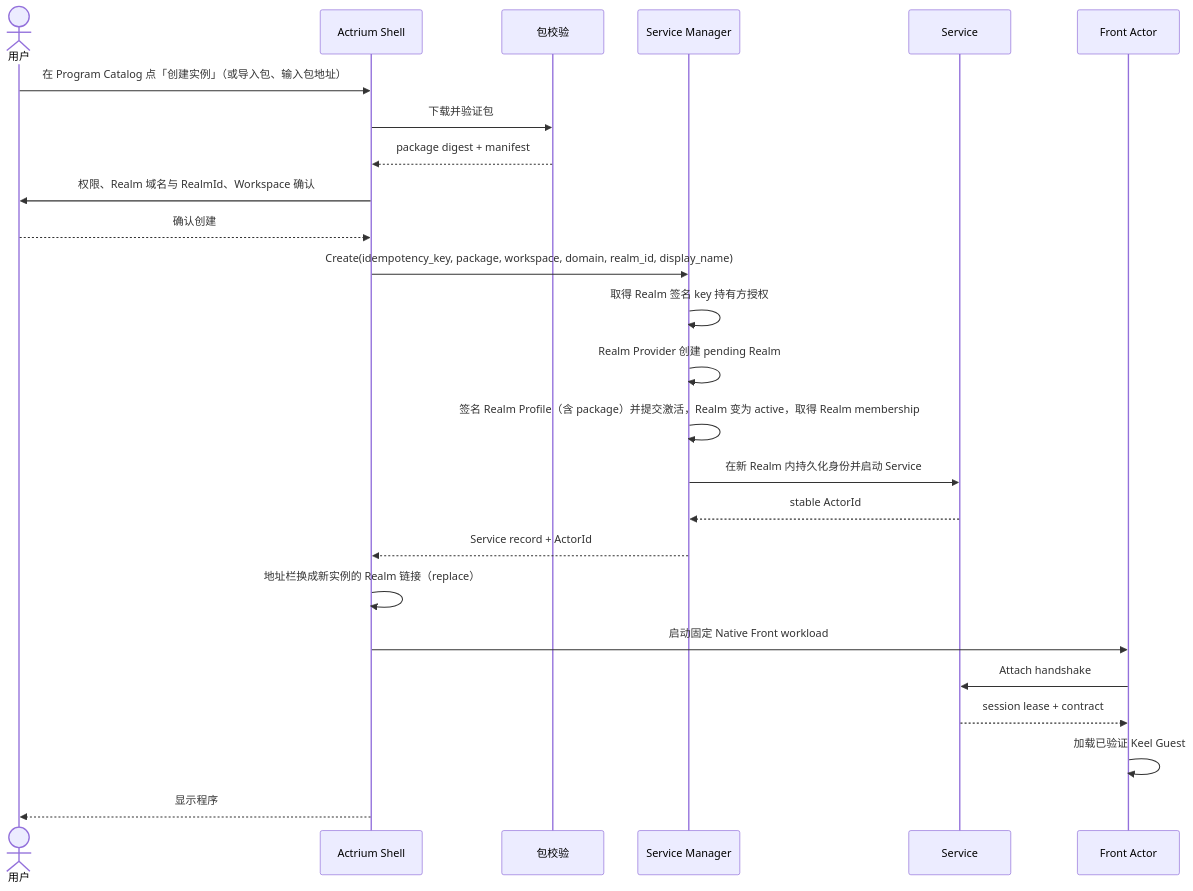
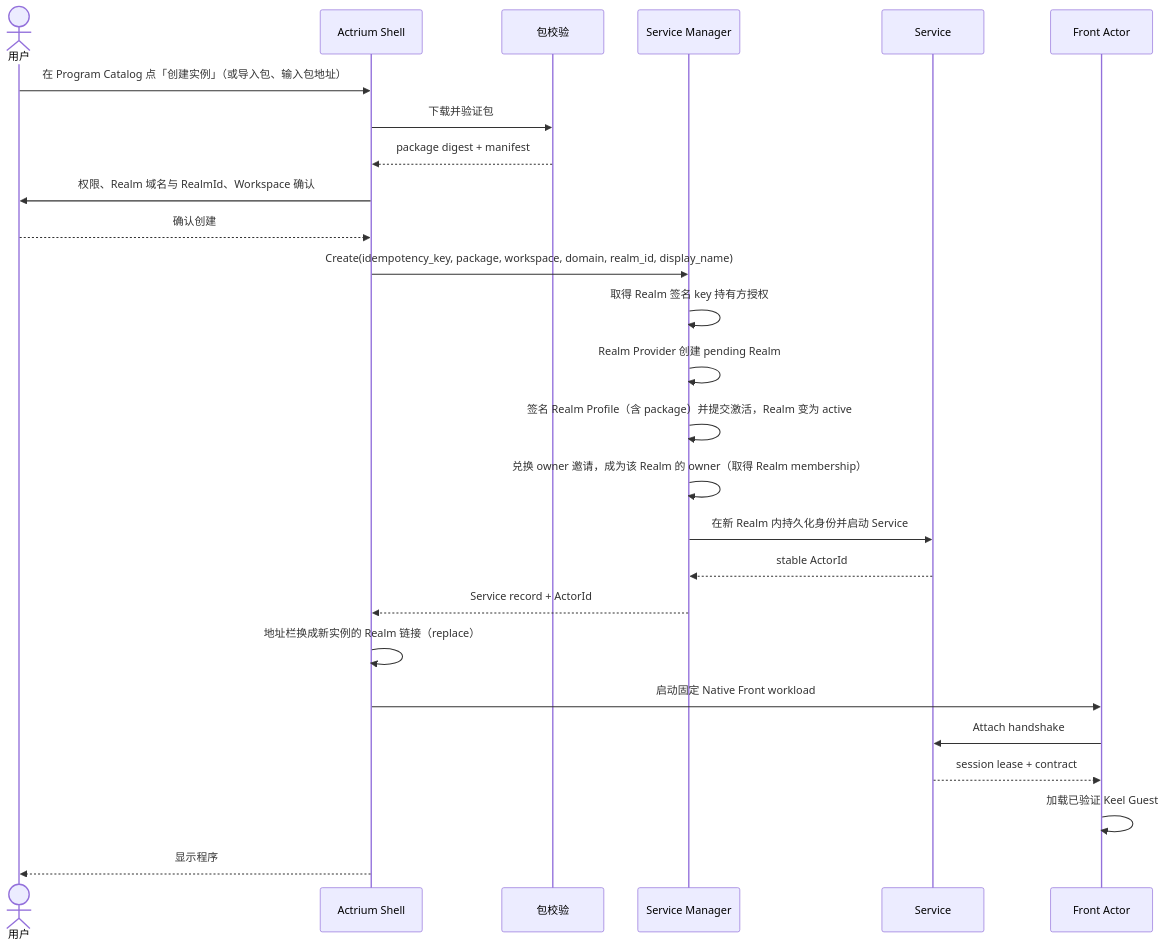
The diagram in docs/product/actrium-v1/03-user-experience.zh.md (Actrium/actrium), drawn with Mermaid before and after one commit. The commit also changed other lines of this file and 25 other files, not shown here.

````diff
--- a/docs/product/actrium-v1/03-user-experience.zh.md
+++ b/docs/product/actrium-v1/03-user-experience.zh.md
@@ -116,28 +116,29 @@
 ```mermaid
 sequenceDiagram
     actor U as 用户
     participant A as Actrium Shell
     participant P as 包校验
     participant M as Service Manager
     participant S as Service
     participant F as Front Actor
 
     U->>A: 在 Program Catalog 点「创建实例」（或导入包、输入包地址）
     A->>P: 下载并验证包
     P-->>A: package digest + manifest
     A->>U: 权限、Realm 域名与 RealmId、Workspace 确认
     U-->>A: 确认创建
     A->>M: Create(idempotency_key, package, workspace, domain, realm_id, display_name)
     M->>M: 取得 Realm 签名 key 持有方授权
     M->>M: Realm Provider 创建 pending Realm
-    M->>M: 签名 Realm Profile（含 package）并提交激活，Realm 变为 active，取得 Realm membership
+    M->>M: 签名 Realm Profile（含 package）并提交激活，Realm 变为 active
+    M->>M: 兑换 owner 邀请，成为该 Realm 的 owner（取得 Realm membership）
     M->>S: 在新 Realm 内持久化身份并启动 Service
     S-->>M: stable ActorId
     M-->>A: Service record + ActorId
     A->>A: 地址栏换成新实例的 Realm 链接（replace）
     A->>F: 启动固定 Native Front workload
     F->>S: Attach handshake
     S-->>F: session lease + contract
     F->>F: 加载已验证 Keel Guest
     A-->>U: 显示程序
 ```
````
